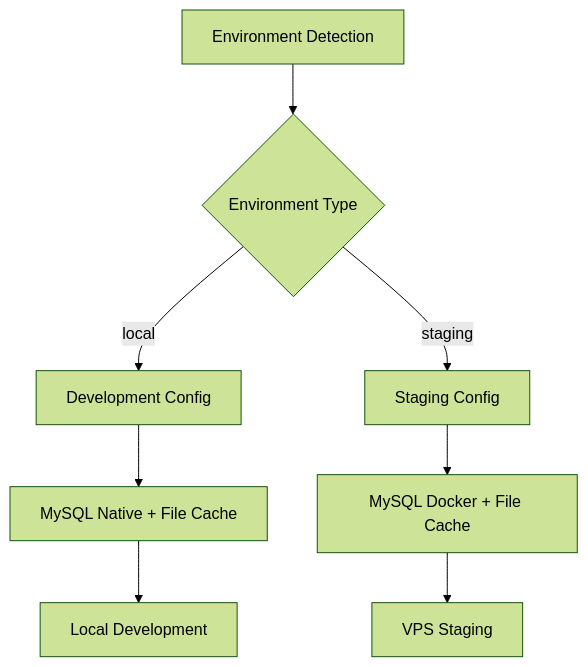
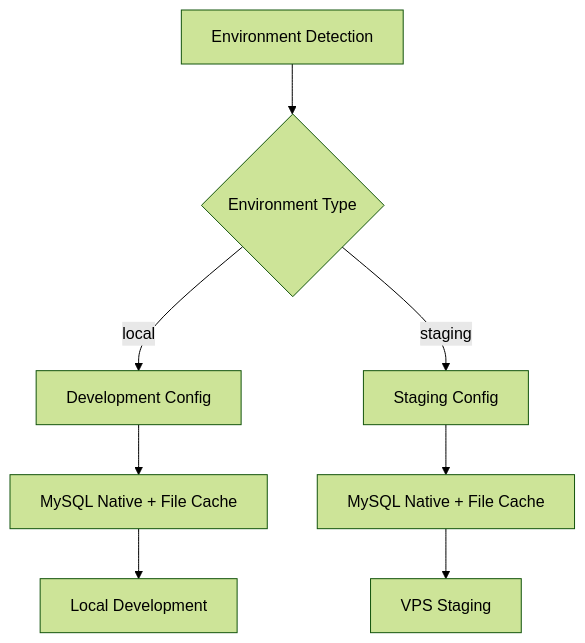
One commit to PhillipNobel/Controle-Financeiro changed the first of 3 diagrams in .kiro/specs/configuracao-ambientes/design.md. Above: the diagram before and after it, drawn with Mermaid (forest theme). The commit also changed other lines of this file and 38 other files, not shown here.

First line of the commit message:
feat: Remove Docker completely - Project is now 100% native

````diff
--- a/.kiro/specs/configuracao-ambientes/design.md
+++ b/.kiro/specs/configuracao-ambientes/design.md
@@ -39,12 +40,12 @@
 ```mermaid
 graph TD
     A[Environment Detection] --> B{Environment Type}
     B -->|local| C[Development Config]
     B -->|staging| D[Staging Config]
     
     C --> F[MySQL Native + File Cache]
-    D --> G[MySQL Docker + File Cache]
+    D --> G[MySQL Native + File Cache]
     
     F --> I[Local Development]
     G --> J[VPS Staging]
 ```
````
